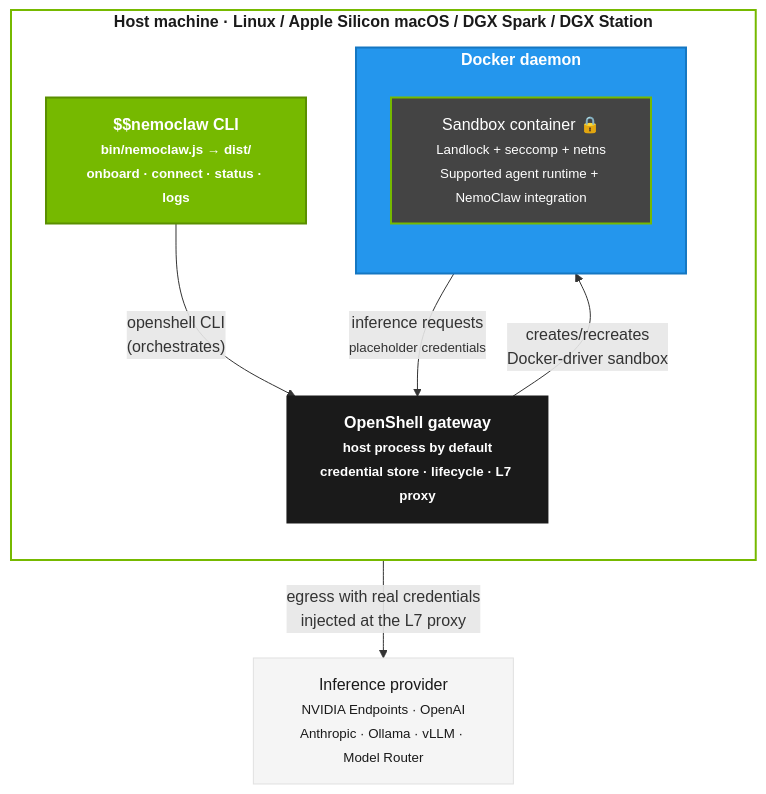
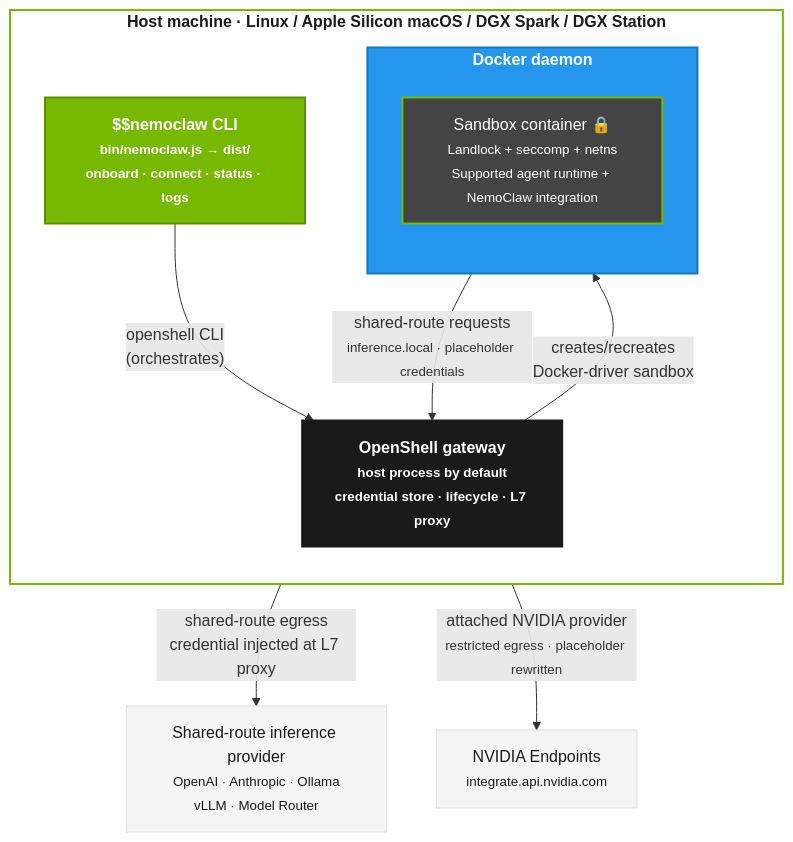
The second of 3 diagrams in docs/reference/architecture.mdx (NVIDIA/NemoClaw), drawn with Mermaid before and after one commit. The commit also changed other lines of this file, not shown here.

Commit message:
docs: clarify native NVIDIA inference path

````diff
--- a/docs/reference/architecture.mdx
+++ b/docs/reference/architecture.mdx
@@ -152,32 +154,34 @@
 ```mermaid
 graph TB
     classDef host fill:#fff,stroke:#76b900,stroke-width:2px,color:#1a1a1a,font-weight:bold
     classDef cli fill:#76b900,stroke:#5a8f00,color:#fff,stroke-width:2px,font-weight:bold
     classDef docker fill:#2496ed,stroke:#1577c2,color:#fff,stroke-width:2px,font-weight:bold
     classDef gateway fill:#1a1a1a,stroke:#1a1a1a,color:#fff,stroke-width:2px,font-weight:bold
     classDef sandbox fill:#444,stroke:#76b900,color:#fff,stroke-width:2px
     classDef external fill:#f5f5f5,stroke:#e0e0e0,color:#1a1a1a,stroke-width:1px
 
     subgraph HOST["Host machine · Linux / Apple Silicon macOS / DGX Spark / DGX Station"]
         direction TB
         CLI["$$nemoclaw CLI<br/><small>bin/nemoclaw.js → dist/<br/>onboard · connect · status · logs</small>"]:::cli
         GW["OpenShell gateway<br/><small>host process by default<br/>credential store · lifecycle · L7 proxy</small>"]:::gateway
 
         subgraph DOCKER["Docker daemon"]
             direction TB
             SANDBOX["Sandbox container 🔒<br/><small>Landlock + seccomp + netns<br/>Supported agent runtime + NemoClaw integration</small>"]:::sandbox
         end
     end
 
-    INFER["Inference provider<br/><small>NVIDIA Endpoints · OpenAI<br/>Anthropic · Ollama · vLLM · Model Router</small>"]:::external
+    SHARED_INFER["Shared-route inference provider<br/><small>OpenAI · Anthropic · Ollama<br/>vLLM · Model Router</small>"]:::external
+    NVIDIA_INFER["NVIDIA Endpoints<br/><small>integrate.api.nvidia.com</small>"]:::external
 
     CLI -->|"openshell CLI<br/>(orchestrates)"| GW
     GW -->|"creates/recreates<br/>Docker-driver sandbox"| SANDBOX
-    SANDBOX -->|"inference requests<br/><small>placeholder credentials</small>"| GW
-    GW -->|"egress with real credentials<br/>injected at the L7 proxy"| INFER
+    SANDBOX -->|"shared-route requests<br/><small>inference.local · placeholder credentials</small>"| GW
+    GW -->|"shared-route egress<br/>credential injected at L7 proxy"| SHARED_INFER
+    SANDBOX -->|"attached NVIDIA provider<br/><small>restricted egress · placeholder rewritten</small>"| NVIDIA_INFER
 
     class HOST host
     class DOCKER docker
     class GW gateway
     class SANDBOX sandbox
 ```
````
